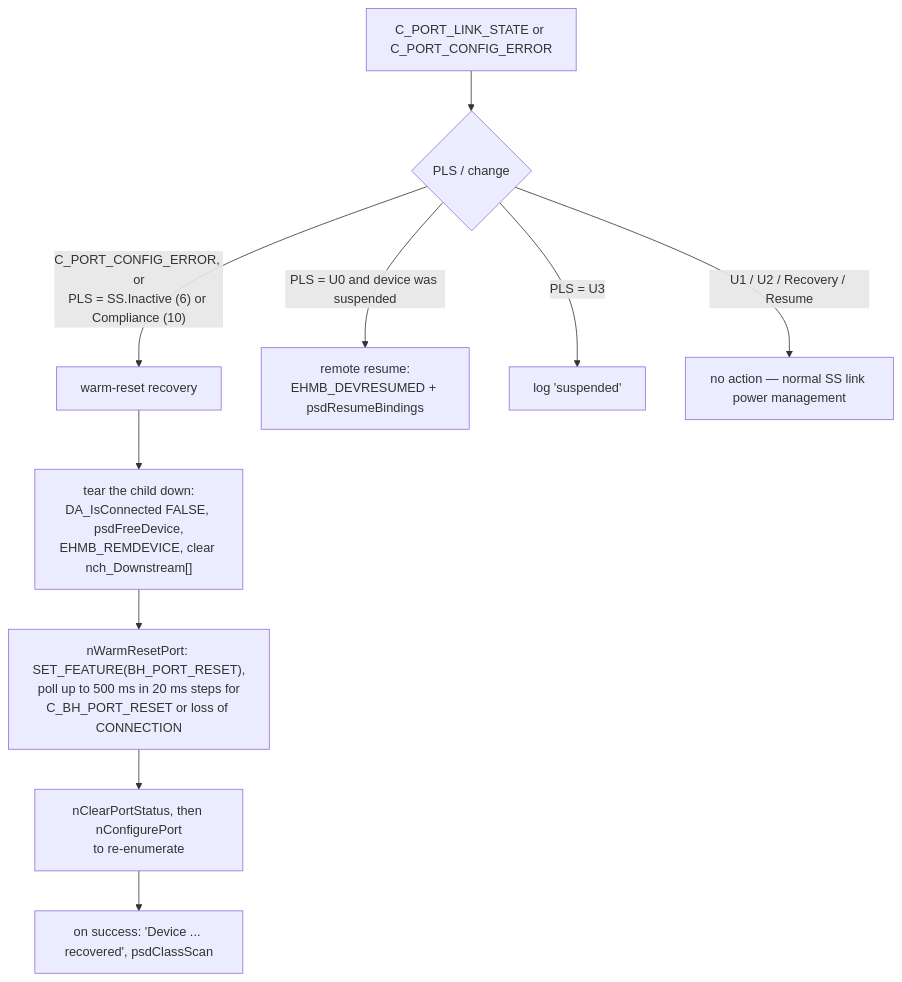
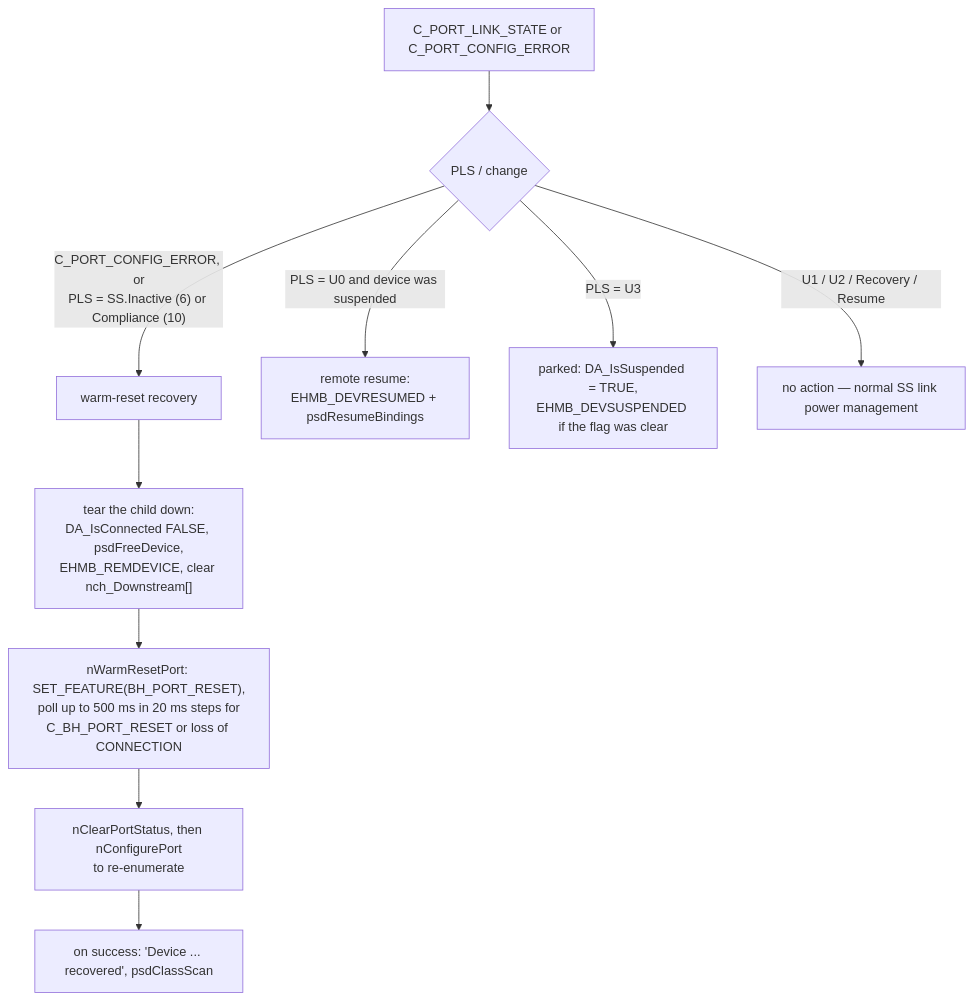
The third of 5 diagrams in docs/hubss.class-architecture.md (rondoval/poseidon-backport), drawn with Mermaid before and after one commit. The commit also changed 3 other files, not shown here.

````diff
--- a/docs/hubss.class-architecture.md
+++ b/docs/hubss.class-architecture.md
@@ -222,12 +222,12 @@
 ```mermaid
 flowchart TD
     CH["C_PORT_LINK_STATE or C_PORT_CONFIG_ERROR"] --> D{"PLS / change"}
     D -->|"C_PORT_CONFIG_ERROR, or<br/>PLS = SS.Inactive (6) or Compliance (10)"| W["warm-reset recovery"]
     D -->|"PLS = U0 and device was suspended"| R["remote resume:<br/>EHMB_DEVRESUMED + psdResumeBindings"]
-    D -->|"PLS = U3"| S["log 'suspended'"]
+    D -->|"PLS = U3"| S["parked: DA_IsSuspended = TRUE,<br/>EHMB_DEVSUSPENDED if the flag was clear"]
     D -->|"U1 / U2 / Recovery / Resume"| N["no action — normal SS link power management"]
     W --> W1["tear the child down:<br/>DA_IsConnected FALSE, psdFreeDevice,<br/>EHMB_REMDEVICE, clear nch_Downstream[]"]
     W1 --> W2["nWarmResetPort: SET_FEATURE(BH_PORT_RESET),<br/>poll up to 500 ms in 20 ms steps for<br/>C_BH_PORT_RESET or loss of CONNECTION"]
     W2 --> W3["nClearPortStatus, then nConfigurePort<br/>to re-enumerate"]
     W3 --> W4["on success: 'Device ... recovered', psdClassScan"]
 ```
````
